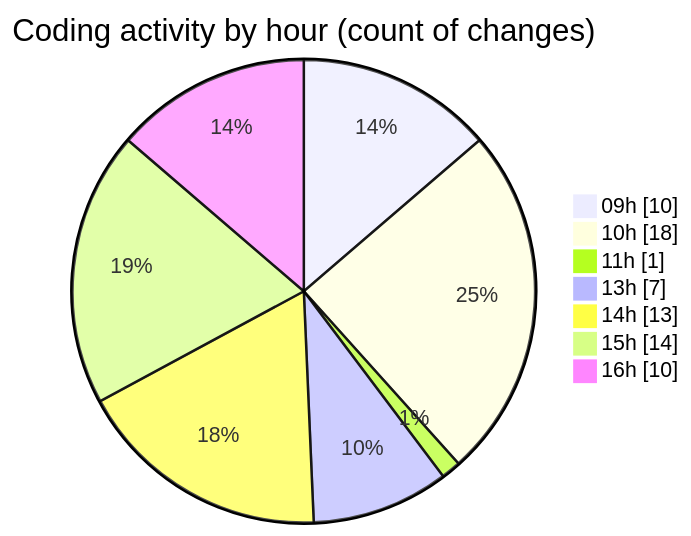
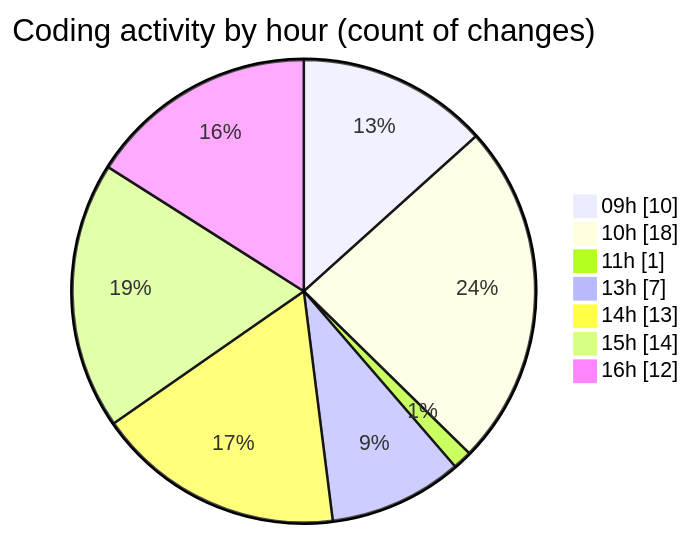
The second of 2 diagrams in 2026-04-06/airfeed-analytics-dashboard/README.md (nxtqubesakshisongat/code-tracking), drawn with Mermaid before and after one commit. The commit also changed other lines of this file and 1 other file, not shown here.

````diff
--- a/2026-04-06/airfeed-analytics-dashboard/README.md
+++ b/2026-04-06/airfeed-analytics-dashboard/README.md
@@ -48,11 +49,11 @@
 ```mermaid
 pie showData
 title Coding activity by hour (count of changes)
 "09h" : 10
 "10h" : 18
 "11h" : 1
 "13h" : 7
 "14h" : 13
 "15h" : 14
-"16h" : 10
+"16h" : 12
 ```
````
